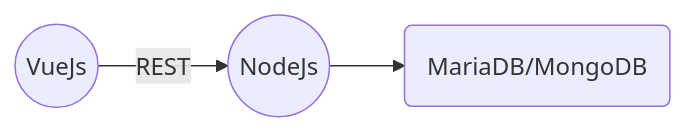
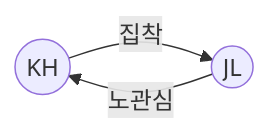
The diagram in about/index.md (ghk829/ghk829.github.io), drawn with Mermaid before and after one commit.

````diff
--- a/about/index.md
+++ b/about/index.md
@@ -32,7 +32,7 @@
 ```mermaid
 
 graph LR
-A((VueJs)) -- REST --> B((NodeJs))
-B --> C(MariaDB/MongoDB)
+A((KH)) -- 집착 --> B((JL))
+B -- 노관심 --> A
 
 ```
````
